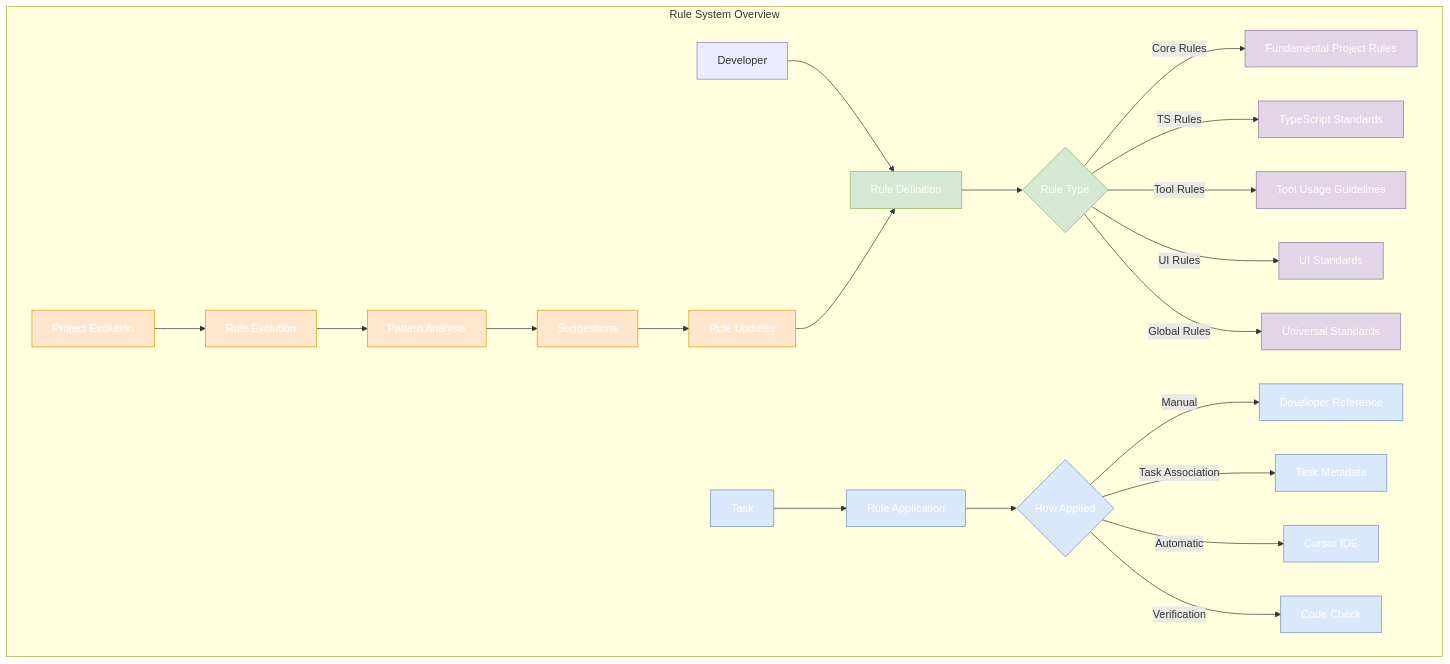
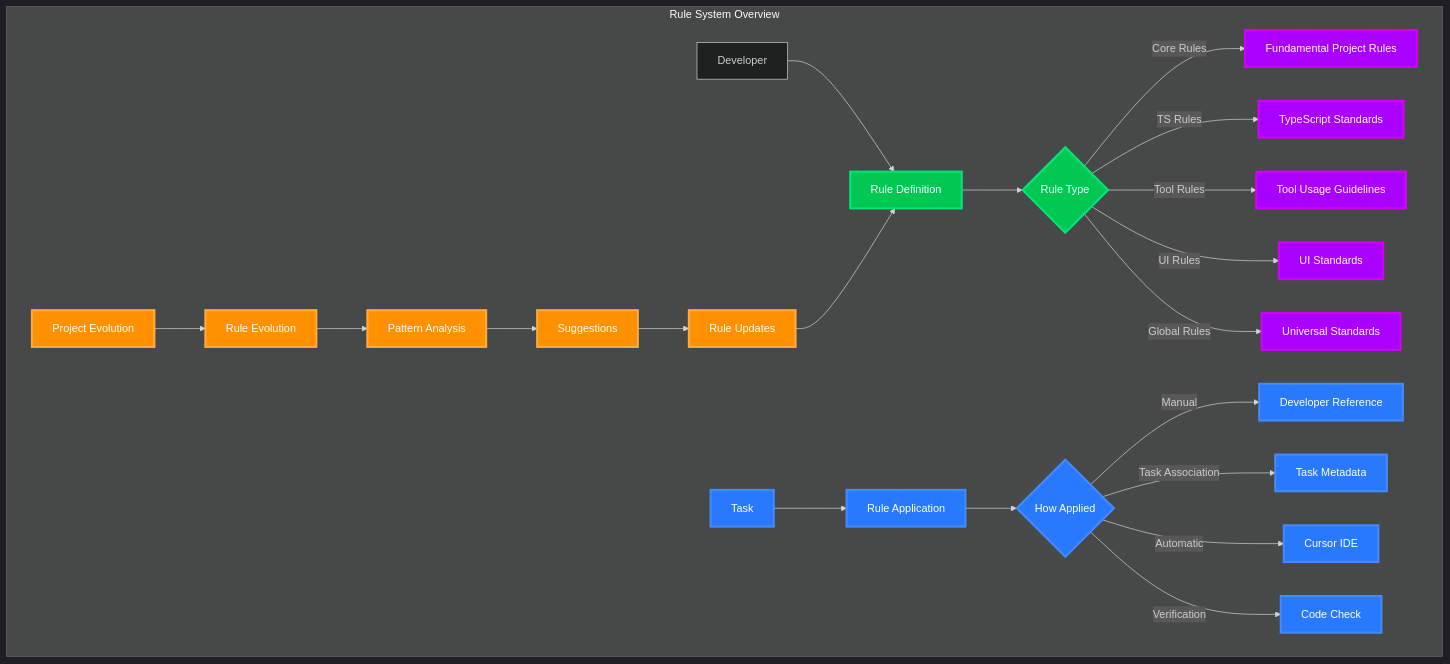
The fourth of 4 diagrams in docs/workflow-guide.md (colours93/cursor_workflow), drawn with Mermaid before and after one commit.

Commit message:
Update Rule System diagram with dark theme and vibrant colors

````diff
--- a/docs/workflow-guide.md
+++ b/docs/workflow-guide.md
@@ -484,36 +484,37 @@
 ```mermaid
+%%{init: {'theme': 'dark', 'themeVariables': { 'darkMode': true, 'background': '#000000' }}}%%
 graph TD
     subgraph "Rule System Overview"
         A[Developer] --> B[Rule Definition]
         B --> C{Rule Type}
         C -->|Core Rules| D[Fundamental Project Rules]
         C -->|TS Rules| E[TypeScript Standards]
         C -->|Tool Rules| F[Tool Usage Guidelines]
         C -->|UI Rules| G[UI Standards]
         C -->|Global Rules| H[Universal Standards]
         
         I[Task] --> J[Rule Application]
         J --> K{How Applied}
         K -->|Manual| L[Developer Reference]
         K -->|Task Association| M[Task Metadata]
         K -->|Automatic| N[Cursor IDE]
         K -->|Verification| O[Code Check]
         
         P[Project Evolution] --> Q[Rule Evolution]
         Q --> R[Pattern Analysis]
         R --> S[Suggestions]
         S --> T[Rule Updates]
         T --> B
         
-        classDef definition fill:#d5e8d4,stroke:#82b366,stroke-width:1px,color:#FFFFFF;
-        classDef application fill:#dae8fc,stroke:#6c8ebf,stroke-width:1px,color:#FFFFFF;
-        classDef evolution fill:#ffe6cc,stroke:#d79b00,stroke-width:1px,color:#FFFFFF;
-        classDef type fill:#e1d5e7,stroke:#9673a6,stroke-width:1px,color:#FFFFFF;
+        classDef definition fill:#00C853,stroke:#00E676,stroke-width:3px,color:white;
+        classDef application fill:#2979FF,stroke:#448AFF,stroke-width:3px,color:white;
+        classDef evolution fill:#FF9100,stroke:#FFAB40,stroke-width:3px,color:white;
+        classDef type fill:#AA00FF,stroke:#D500F9,stroke-width:3px,color:white;
         
         class B,C definition;
         class D,E,F,G,H type;
         class I,J,K application;
         class L,M,N,O application;
         class P,Q,R,S,T evolution;
     end
 ```
````
